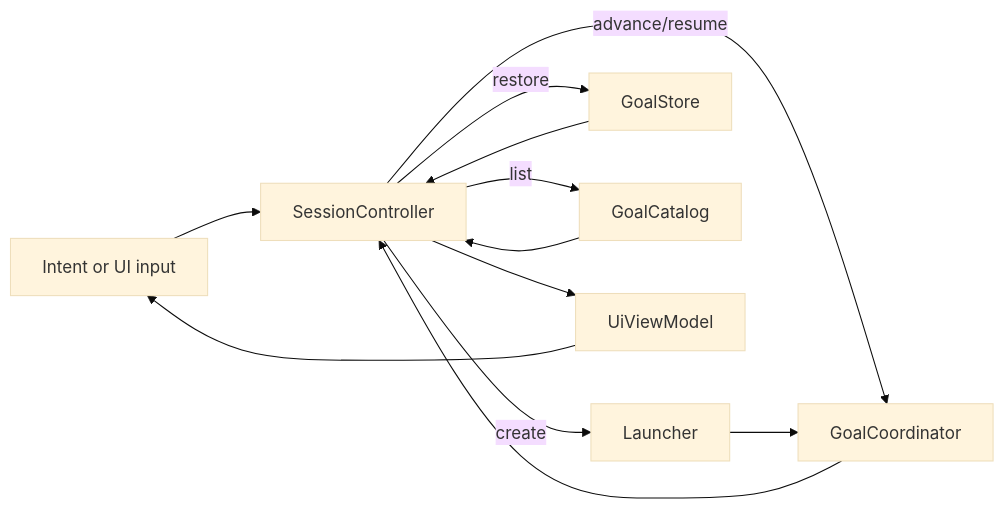
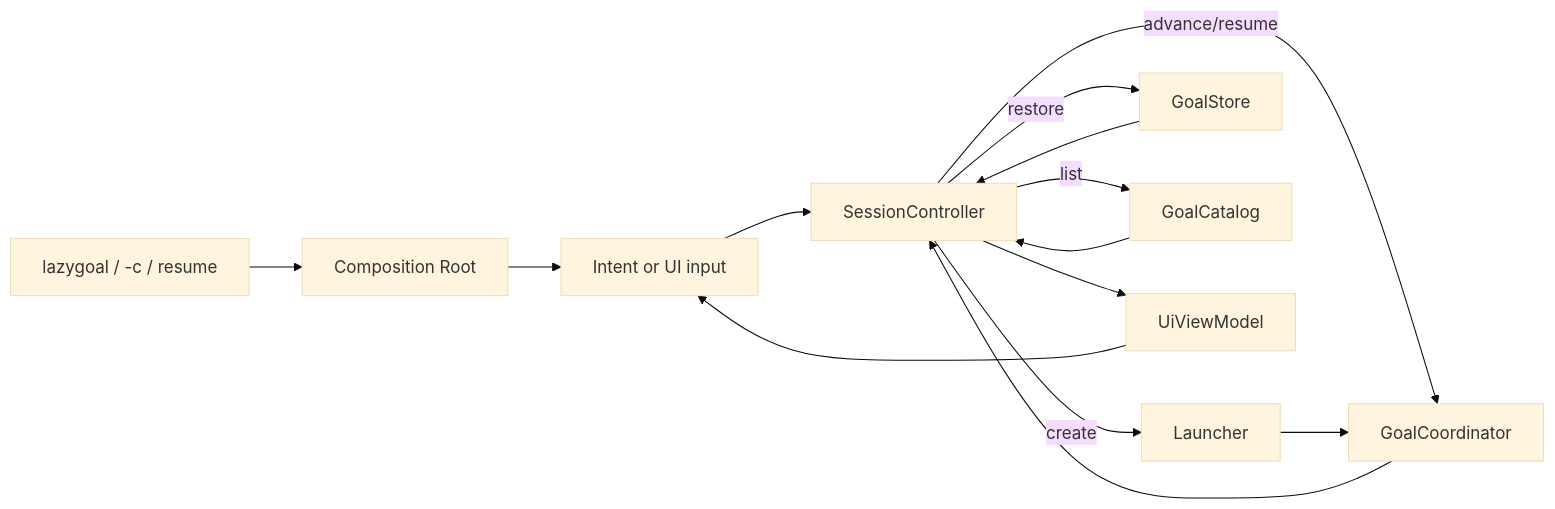
The diagram in docs/architecture/tui.md (ccasJay/LazyGoal), drawn with Mermaid (base theme) before and after one commit. The commit also changed other lines of this file and 7 other files, not shown here.

Commit message:
接入 lazygoal CLI

````diff
--- a/docs/architecture/tui.md
+++ b/docs/architecture/tui.md
@@ -22,14 +25,16 @@
 ```mermaid
 flowchart LR
-    I[Intent or UI input] --> C[SessionController]
+    CLI[lazygoal / -c / resume] --> B[Composition Root]
+    B --> I[Intent or UI input]
+    I --> C[SessionController]
     C -->|create| L[Launcher]
     C -->|restore| S[GoalStore]
     C -->|list| G[GoalCatalog]
     C -->|advance/resume| K[GoalCoordinator]
     L --> K
     S --> C
     G --> C
     K --> C
     C --> V[UiViewModel]
     V --> I
 ```
````
